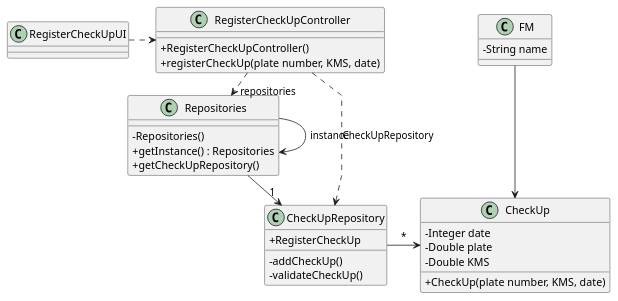
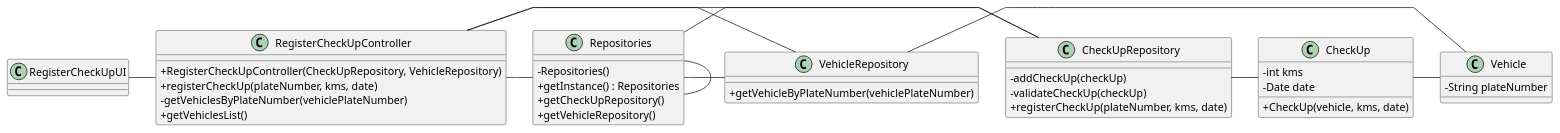
The diagram in docs/sprintA&B/us007/03.design/puml/us007-class-diagram.puml (daniel41silva05/ISEP_2023_2024_LAPR2), drawn with PlantUML before and after one commit. The commit also changed 5 other files, not shown here.

```diff
--- a/docs/sprintA&B/us007/03.design/puml/us007-class-diagram.puml
+++ b/docs/sprintA&B/us007/03.design/puml/us007-class-diagram.puml
@@ -1,58 +1,61 @@
 @startuml
-'skinparam monochrome true
+
 skinparam packageStyle rectangle
 skinparam shadowing false
 skinparam linetype polyline
-'skinparam linetype orto
 
 skinparam classAttributeIconSize 0
-
 class CheckUpRepository{
-   -addCheckUp()
-   -validateCheckUp()
-
-   + RegisterCheckUp
+    -addCheckUp(checkUp)
+    -validateCheckUp(checkUp)
+    +registerCheckUp(plateNumber, kms, date)
 }
 
-class FM {
-    -String name
+class VehicleRepository {
+    +getVehicleByPlateNumber(vehiclePlateNumber)
 }
 
 class CheckUp {
-    - Integer date
-    - Double plate
-    - Double KMS
-
-    + CheckUp(plate number, KMS, date)
+    - int kms
+    - Date date
+    + CheckUp(vehicle, kms, date)
 }
 
+class Vehicle {
+    - String plateNumber
+
+}
 
 class Repositories {
     - Repositories()
     + getInstance() : Repositories
     + getCheckUpRepository()
+    + getVehicleRepository()
 }
 
 class RegisterCheckUpController {
-    + RegisterCheckUpController()
-    + registerCheckUp(plate number, KMS, date)
+    +RegisterCheckUpController(CheckUpRepository, VehicleRepository)
+    +registerCheckUp(plateNumber, kms, date)
+    -getVehiclesByPlateNumber(vehiclePlateNumber)
+    +getVehiclesList()
+
 }
 
-class RegisterCheckUpUI {
+class RegisterCheckUpUI{
 }
 
+RegisterCheckUpUI - RegisterCheckUpController
 
-RegisterCheckUpUI .> RegisterCheckUpController
+RegisterCheckUpController - Repositories
+RegisterCheckUpController - CheckUpRepository
+RegisterCheckUpController - VehicleRepository
 
-RegisterCheckUpController .> Repositories : repositories
+Repositories - CheckUpRepository
+Repositories - VehicleRepository
+Repositories - Repositories
 
-Repositories -> "1" CheckUpRepository
-
-CheckUpRepository -> CheckUp: *
-RegisterCheckUpController ..> CheckUpRepository : CheckUpRepository
-
-FM --> CheckUp
-
-Repositories -> Repositories : instance
+CheckUpRepository - CheckUp
+VehicleRepository - Vehicle
+CheckUp - Vehicle
 
 @enduml
```
